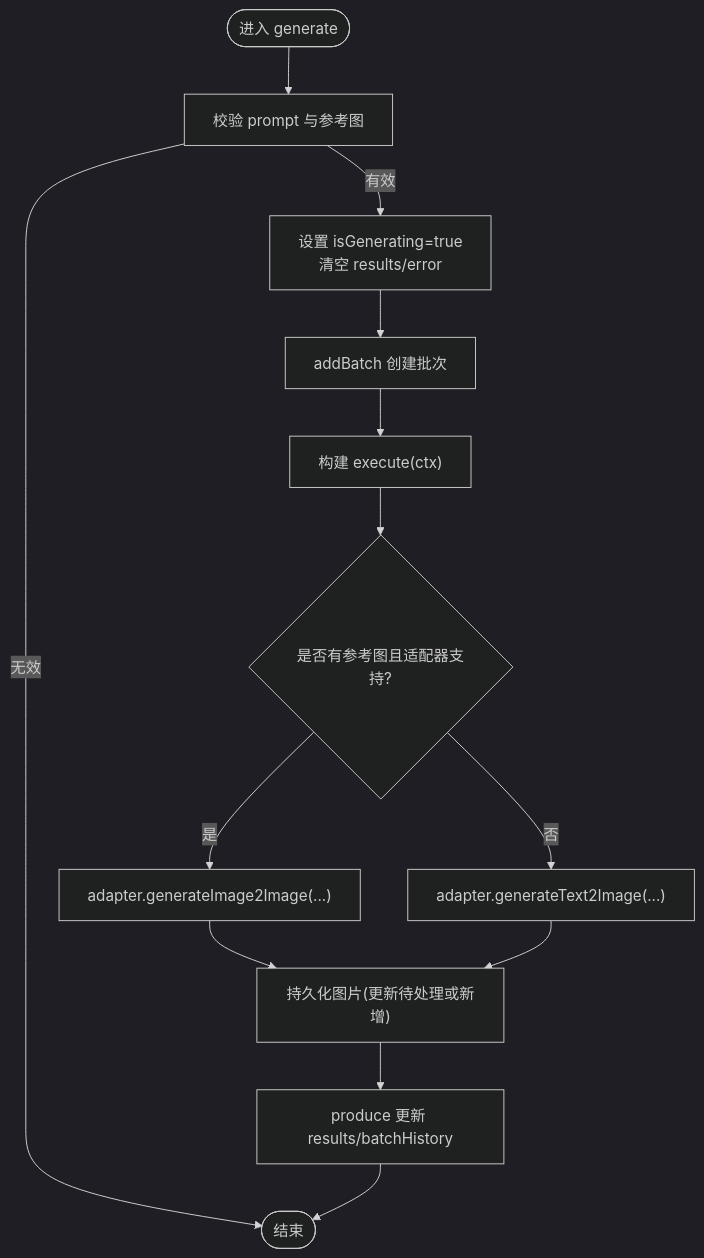
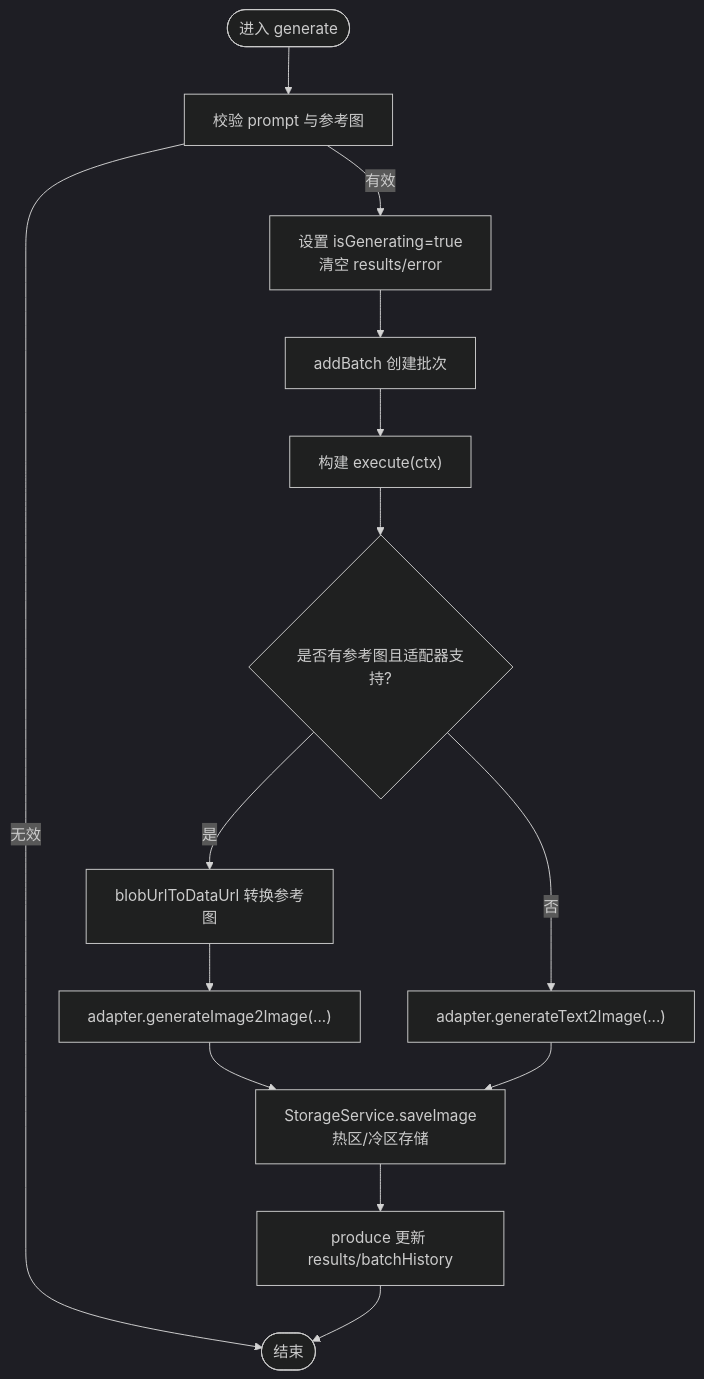
One commit to AlbusWei/AI-Image-Studio changed the third of 14 diagrams in .qoder/repowiki/zh/content/架构设计/数据流设计/Zustand 状态管理/Zustand 状态管理.md. Above: the diagram before and after it, drawn with Mermaid (dark theme). The commit also changed other lines of this file and 37 other files, not shown here.

````diff
--- a/.qoder/repowiki/zh/content/架构设计/数据流设计/Zustand 状态管理/Zustand 状态管理.md
+++ b/.qoder/repowiki/zh/content/架构设计/数据流设计/Zustand 状态管理/Zustand 状态管理.md
@@ -213,15 +243,16 @@
 ```mermaid
 flowchart TD
 Start(["进入 generate"]) --> CheckInput["校验 prompt 与参考图"]
 CheckInput --> |无效| End
 CheckInput --> |有效| SetFlags["设置 isGenerating=true<br/>清空 results/error"]
 SetFlags --> CreateBatch["addBatch 创建批次"]
 CreateBatch --> BuildExecute["构建 execute(ctx)"]
 BuildExecute --> IsI2I{"是否有参考图且适配器支持?"}
-IsI2I --> |是| CallI2I["adapter.generateImage2Image(...)"]
+IsI2I --> |是| ConvertURLs["blobUrlToDataUrl 转换参考图"]
+ConvertURLs --> CallI2I["adapter.generateImage2Image(...)"]
 IsI2I --> |否| CallT2I["adapter.generateText2Image(...)"]
-CallI2I --> PersistResult["持久化图片(更新待处理或新增)"]
+CallI2I --> PersistResult["StorageService.saveImage<br/>热区/冷区存储"]
 CallT2I --> PersistResult
 PersistResult --> UpdateState["produce 更新 results/batchHistory"]
 UpdateState --> End(["结束"])
 ```
````
